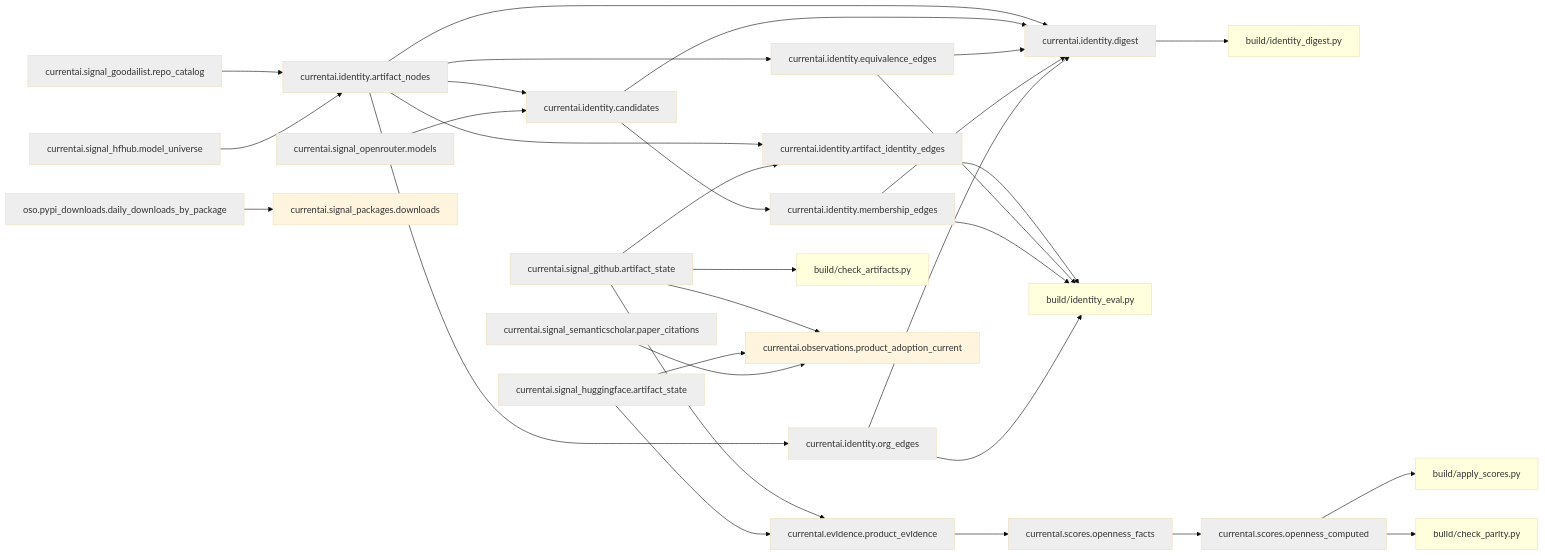
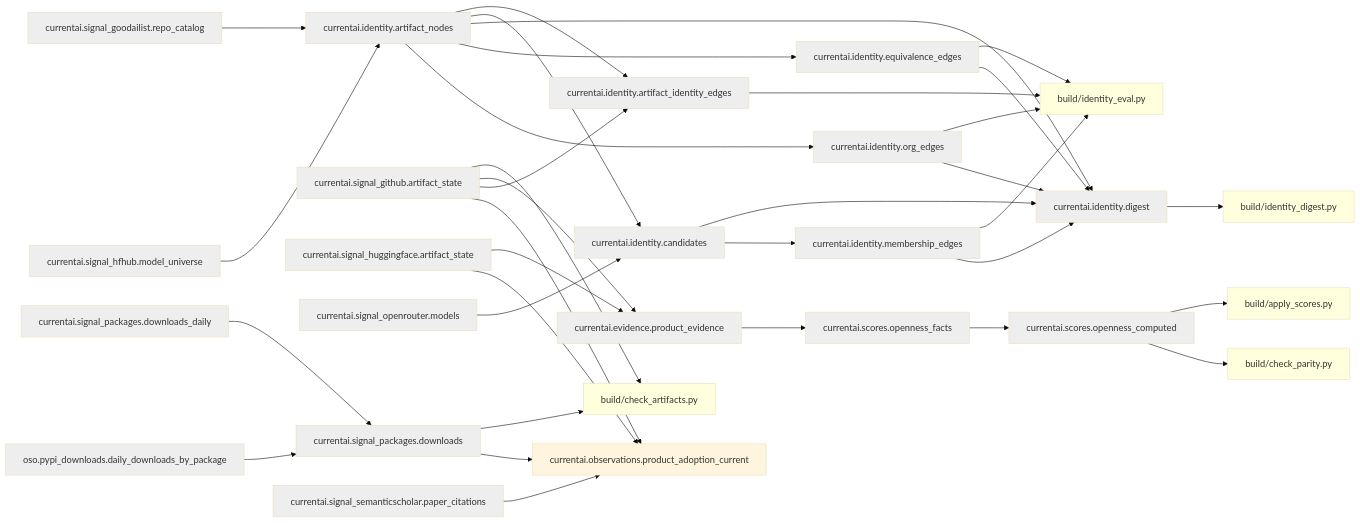
One commit to currentai-org/os-ai-map changed the second of 3 diagrams in docs/architecture/current-state-dag.md. Above: the diagram before and after it, drawn with Mermaid (base theme). The commit also changed other lines of this file and 11 other files, not shown here.

````diff
--- a/docs/architecture/current-state-dag.md
+++ b/docs/architecture/current-state-dag.md
@@ -101,36 +93,39 @@
 ```mermaid
 graph LR
   currentai__evidence__product_evidence[currentai.evidence.product_evidence]:::dep --> currentai__scores__openness_facts[currentai.scores.openness_facts]:::dep
   currentai__identity__artifact_identity_edges[currentai.identity.artifact_identity_edges]:::dep --> build/identity_eval__py[build/identity_eval.py]:::audit
   currentai__identity__artifact_nodes[currentai.identity.artifact_nodes]:::dep --> currentai__identity__artifact_identity_edges[currentai.identity.artifact_identity_edges]:::dep
   currentai__identity__artifact_nodes[currentai.identity.artifact_nodes]:::dep --> currentai__identity__candidates[currentai.identity.candidates]:::dep
   currentai__identity__artifact_nodes[currentai.identity.artifact_nodes]:::dep --> currentai__identity__digest[currentai.identity.digest]:::dep
   currentai__identity__artifact_nodes[currentai.identity.artifact_nodes]:::dep --> currentai__identity__equivalence_edges[currentai.identity.equivalence_edges]:::dep
   currentai__identity__artifact_nodes[currentai.identity.artifact_nodes]:::dep --> currentai__identity__org_edges[currentai.identity.org_edges]:::dep
   currentai__identity__candidates[currentai.identity.candidates]:::dep --> currentai__identity__digest[currentai.identity.digest]:::dep
   currentai__identity__candidates[currentai.identity.candidates]:::dep --> currentai__identity__membership_edges[currentai.identity.membership_edges]:::dep
   currentai__identity__digest[currentai.identity.digest]:::dep --> build/identity_digest__py[build/identity_digest.py]:::audit
   currentai__identity__equivalence_edges[currentai.identity.equivalence_edges]:::dep --> build/identity_eval__py[build/identity_eval.py]:::audit
   currentai__identity__equivalence_edges[currentai.identity.equivalence_edges]:::dep --> currentai__identity__digest[currentai.identity.digest]:::dep
   currentai__identity__membership_edges[currentai.identity.membership_edges]:::dep --> build/identity_eval__py[build/identity_eval.py]:::audit
   currentai__identity__membership_edges[currentai.identity.membership_edges]:::dep --> currentai__identity__digest[currentai.identity.digest]:::dep
   currentai__identity__org_edges[currentai.identity.org_edges]:::dep --> build/identity_eval__py[build/identity_eval.py]:::audit
   currentai__identity__org_edges[currentai.identity.org_edges]:::dep --> currentai__identity__digest[currentai.identity.digest]:::dep
   currentai__scores__openness_computed[currentai.scores.openness_computed]:::dep --> build/apply_scores__py[build/apply_scores.py]:::audit
   currentai__scores__openness_computed[currentai.scores.openness_computed]:::dep --> build/check_parity__py[build/check_parity.py]:::audit
   currentai__scores__openness_facts[currentai.scores.openness_facts]:::dep --> currentai__scores__openness_computed[currentai.scores.openness_computed]:::dep
   currentai__signal_github__artifact_state[currentai.signal_github.artifact_state]:::dep --> build/check_artifacts__py[build/check_artifacts.py]:::audit
   currentai__signal_github__artifact_state[currentai.signal_github.artifact_state]:::dep --> currentai__evidence__product_evidence[currentai.evidence.product_evidence]:::dep
   currentai__signal_github__artifact_state[currentai.signal_github.artifact_state]:::dep --> currentai__identity__artifact_identity_edges[currentai.identity.artifact_identity_edges]:::dep
   currentai__signal_github__artifact_state[currentai.signal_github.artifact_state]:::dep --> currentai__observations__product_adoption_current[currentai.observations.product_adoption_current]
   currentai__signal_goodailist__repo_catalog[currentai.signal_goodailist.repo_catalog]:::dep --> currentai__identity__artifact_nodes[currentai.identity.artifact_nodes]:::dep
   currentai__signal_hfhub__model_universe[currentai.signal_hfhub.model_universe]:::dep --> currentai__identity__artifact_nodes[currentai.identity.artifact_nodes]:::dep
   currentai__signal_huggingface__artifact_state[currentai.signal_huggingface.artifact_state]:::dep --> currentai__evidence__product_evidence[currentai.evidence.product_evidence]:::dep
   currentai__signal_huggingface__artifact_state[currentai.signal_huggingface.artifact_state]:::dep --> currentai__observations__product_adoption_current[currentai.observations.product_adoption_current]
   currentai__signal_openrouter__models[currentai.signal_openrouter.models]:::dep --> currentai__identity__candidates[currentai.identity.candidates]:::dep
+  currentai__signal_packages__downloads[currentai.signal_packages.downloads]:::dep --> build/check_artifacts__py[build/check_artifacts.py]:::audit
+  currentai__signal_packages__downloads[currentai.signal_packages.downloads]:::dep --> currentai__observations__product_adoption_current[currentai.observations.product_adoption_current]
+  currentai__signal_packages__downloads_daily[currentai.signal_packages.downloads_daily]:::dep --> currentai__signal_packages__downloads[currentai.signal_packages.downloads]:::dep
   currentai__signal_semanticscholar__paper_citations[currentai.signal_semanticscholar.paper_citations]:::dep --> currentai__observations__product_adoption_current[currentai.observations.product_adoption_current]
-  oso__pypi_downloads__daily_downloads_by_package[oso.pypi_downloads.daily_downloads_by_package]:::dep --> currentai__signal_packages__downloads[currentai.signal_packages.downloads]
+  oso__pypi_downloads__daily_downloads_by_package[oso.pypi_downloads.daily_downloads_by_package]:::dep --> currentai__signal_packages__downloads[currentai.signal_packages.downloads]:::dep
   classDef dep fill:#eee;
   classDef audit fill:#ffd;
   classDef src fill:#def;
 ```
````
